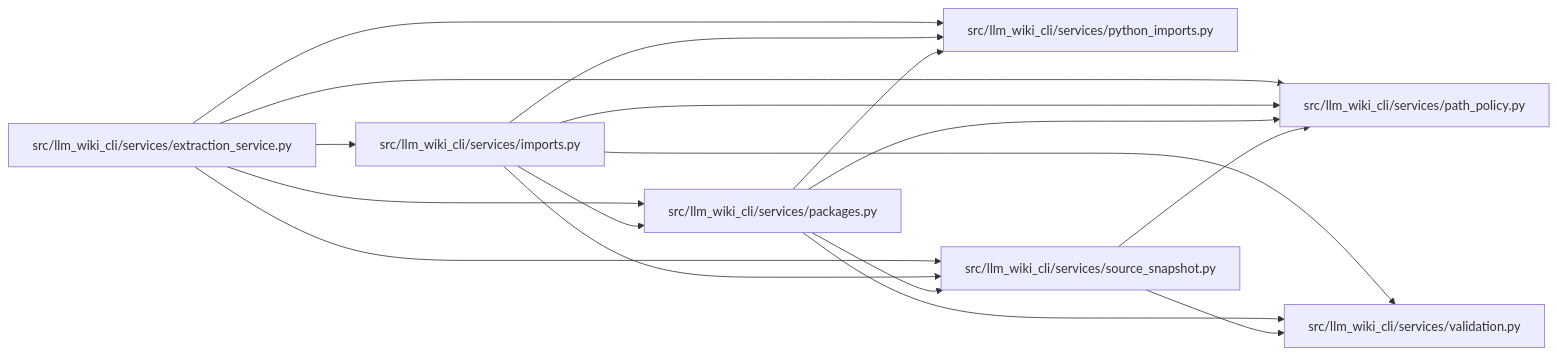
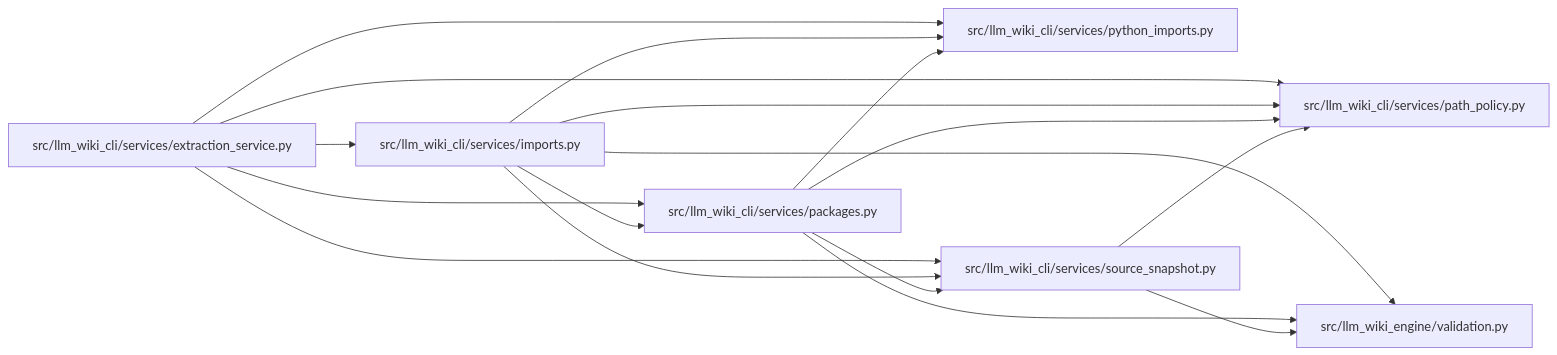
The diagram in docs/llm_wiki/modules/packages.md (Denissvgn/python-wiki-llm), drawn with Mermaid before and after one commit. The commit also changed other lines of this file and 1103 other files, not shown here.

First line of the commit message:
docs: refresh the wiki for the llm-wiki-engine distribution

````diff
--- a/docs/llm_wiki/modules/packages.md
+++ b/docs/llm_wiki/modules/packages.md
@@ -34,33 +34,33 @@
 ```mermaid
 flowchart LR
     n0["src/llm_wiki_cli/services/extraction_service.py"]
     n1["src/llm_wiki_cli/services/imports.py"]
     n2["src/llm_wiki_cli/services/packages.py"]
     n3["src/llm_wiki_cli/services/path_policy.py"]
     n4["src/llm_wiki_cli/services/python_imports.py"]
     n5["src/llm_wiki_cli/services/source_snapshot.py"]
-    n6["src/llm_wiki_cli/services/validation.py"]
+    n6["src/llm_wiki_engine/validation.py"]
     n0 --> n1
     n0 --> n2
     n0 --> n3
     n0 --> n4
     n0 --> n5
     n1 --> n2
     n1 --> n3
     n1 --> n4
     n1 --> n5
     n1 --> n6
     n2 --> n3
     n2 --> n4
     n2 --> n5
     n2 --> n6
     n5 --> n3
     n5 --> n6
     click n0 "../modules/extraction_service.md"
     click n1 "../modules/imports.md"
     click n2 "../modules/packages.md"
     click n3 "../modules/path_policy.md"
     click n4 "../modules/python_imports.md"
     click n5 "../modules/source_snapshot.md"
     click n6 "../modules/validation.md"
 ```
````
